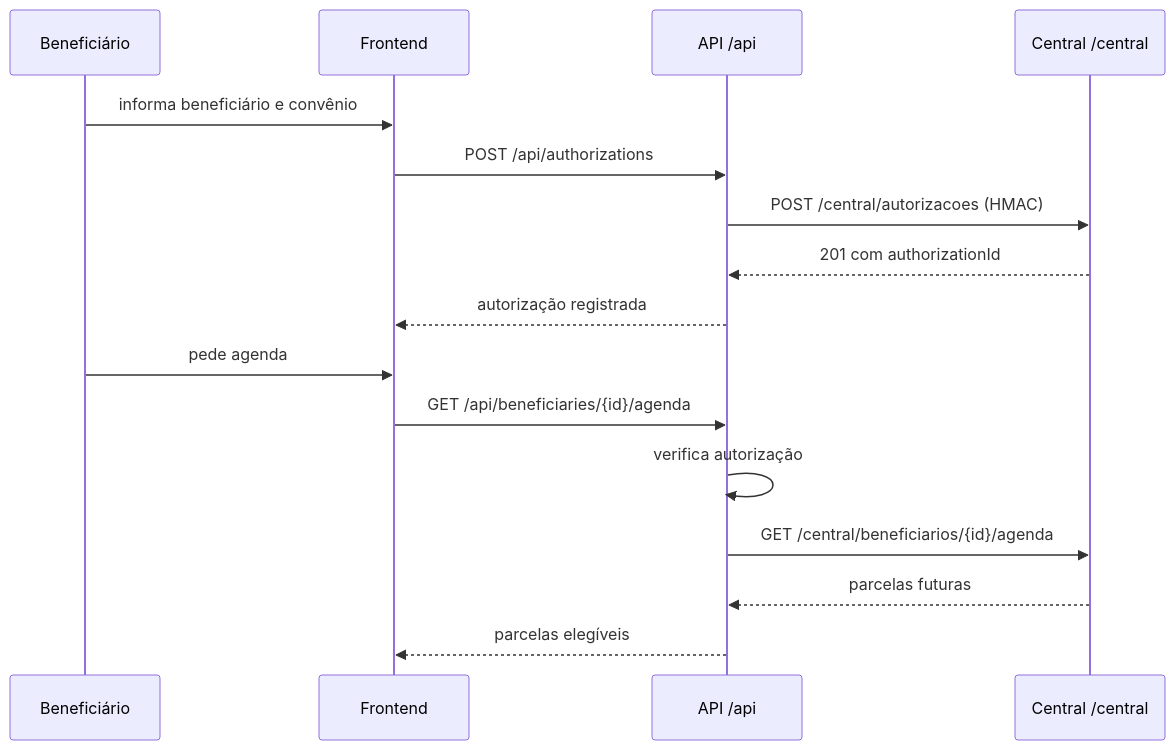
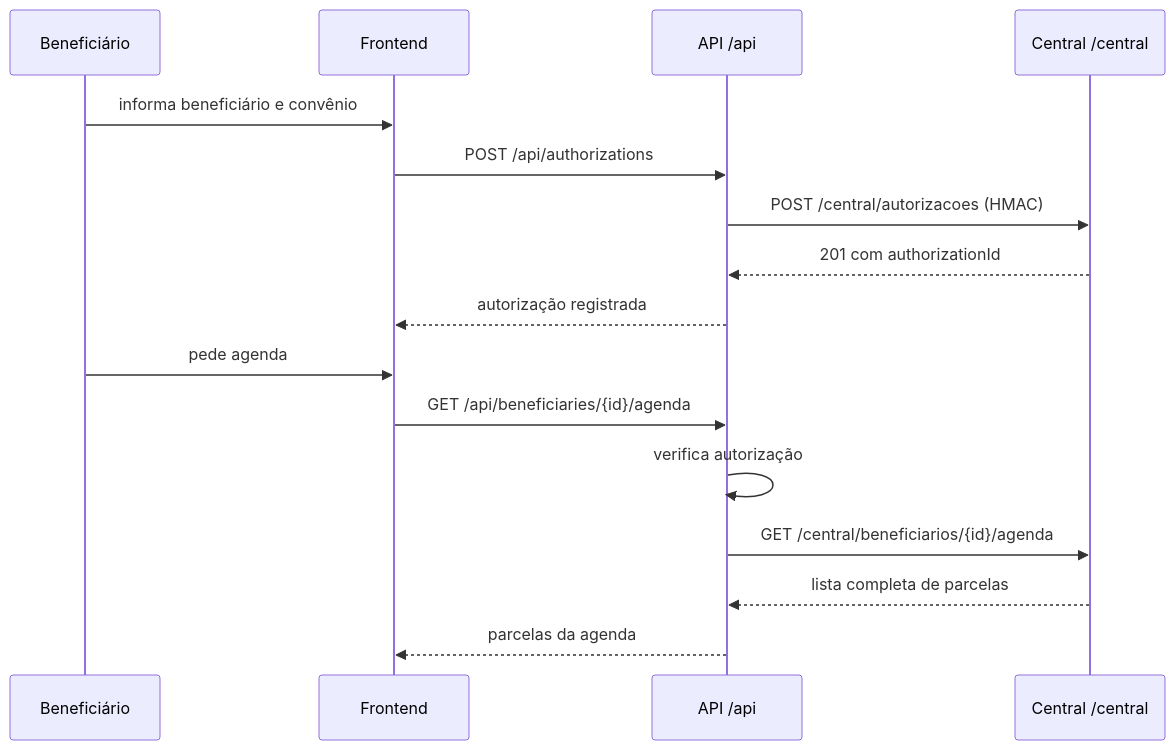
Before and after one commit to brenda-martins/portability-platform: the second of 3 diagrams in docs/hld.md, drawn with Mermaid. The commit also changed other lines of this file and 29 other files, not shown here.

````diff
--- a/docs/hld.md
+++ b/docs/hld.md
@@ -46,19 +46,19 @@
 ```mermaid
 sequenceDiagram
     participant U as Beneficiário
     participant F as Frontend
     participant A as API /api
     participant C as Central /central
 
     U->>F: informa beneficiário e convênio
     F->>A: POST /api/authorizations
     A->>C: POST /central/autorizacoes (HMAC)
     C-->>A: 201 com authorizationId
     A-->>F: autorização registrada
     U->>F: pede agenda
     F->>A: GET /api/beneficiaries/{id}/agenda
     A->>A: verifica autorização
     A->>C: GET /central/beneficiarios/{id}/agenda
-    C-->>A: parcelas futuras
-    A-->>F: parcelas elegíveis
+    C-->>A: lista completa de parcelas
+    A-->>F: parcelas da agenda
 ```
````
